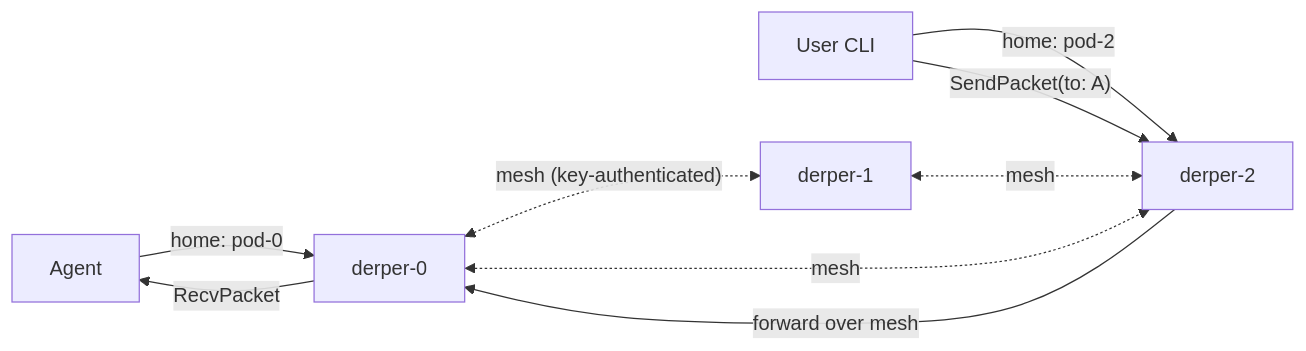
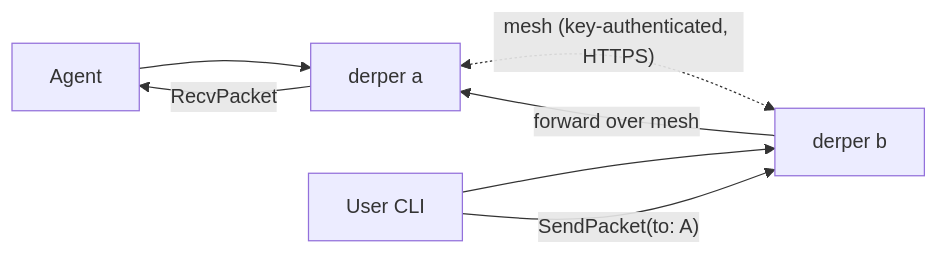
Before and after one commit to datahattrick/scratch: the fifth of 7 diagrams in coder/derp/docs/how-it-works.md, drawn with Mermaid. The commit also changed other lines of this file and 14 other files, not shown here.

First line of the commit message:
coder: DERP chart on upstream derper, one server per node

````diff
--- a/coder/derp/docs/how-it-works.md
+++ b/coder/derp/docs/how-it-works.md
@@ -115,11 +135,9 @@
 ```mermaid
 flowchart LR
-  A[Agent] -- "home: pod-0" --> P0[derper-0]
-  U[User CLI] -- "home: pod-2" --> P2[derper-2]
-  P0 <-. "mesh (key-authenticated)" .-> P1[derper-1]
-  P1 <-. mesh .-> P2
-  P0 <-. mesh .-> P2
-  U -- "SendPacket(to: A)" --> P2
-  P2 -- "forward over mesh" --> P0
-  P0 -- "RecvPacket" --> A
+  A[Agent] --> NA[derper a]
+  U[User CLI] --> NB[derper b]
+  NA <-. "mesh (key-authenticated, HTTPS)" .-> NB
+  U -- "SendPacket(to: A)" --> NB
+  NB -- "forward over mesh" --> NA
+  NA -- "RecvPacket" --> A
 ```
````
